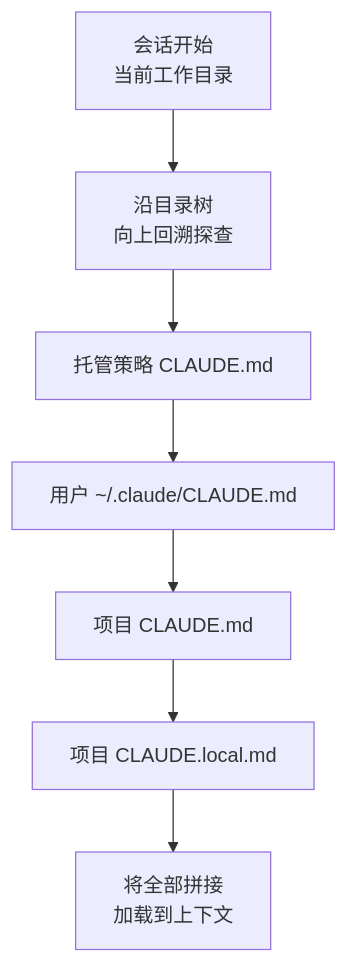
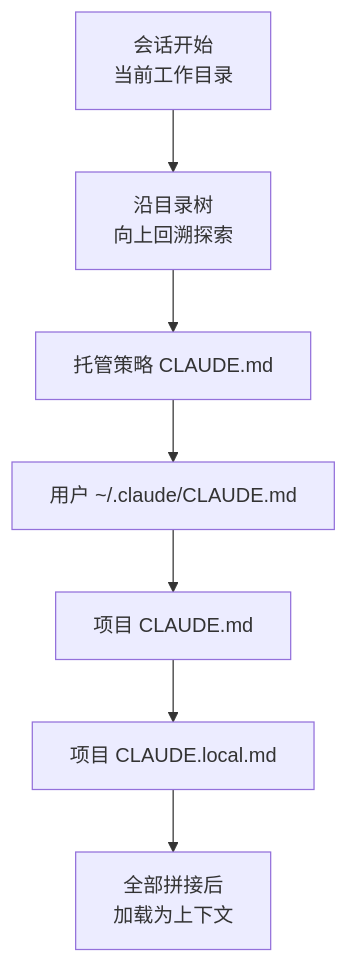
One commit to modu-ai/moai-adk changed the first of 2 diagrams in docs-site/content/zh/claude-code/context-memory/memory.md. Above: the diagram before and after it, drawn with Mermaid. The commit also changed other lines of this file and 395 other files, not shown here.

````diff
--- a/docs-site/content/zh/claude-code/context-memory/memory.md
+++ b/docs-site/content/zh/claude-code/context-memory/memory.md
@@ -60,9 +60,9 @@
 ```mermaid
 flowchart TD
-    A["会话开始<br>当前工作目录"] --> B["沿目录树<br>向上回溯探查"]
+    A["会话开始<br>当前工作目录"] --> B["沿目录树<br>向上回溯探索"]
     B --> C["托管策略 CLAUDE.md"]
     C --> D["用户 ~/.claude/CLAUDE.md"]
     D --> E["项目 CLAUDE.md"]
     E --> F["项目 CLAUDE.local.md"]
-    F --> G["将全部拼接<br>加载到上下文"]
+    F --> G["全部拼接后<br>加载为上下文"]
 ```
````
